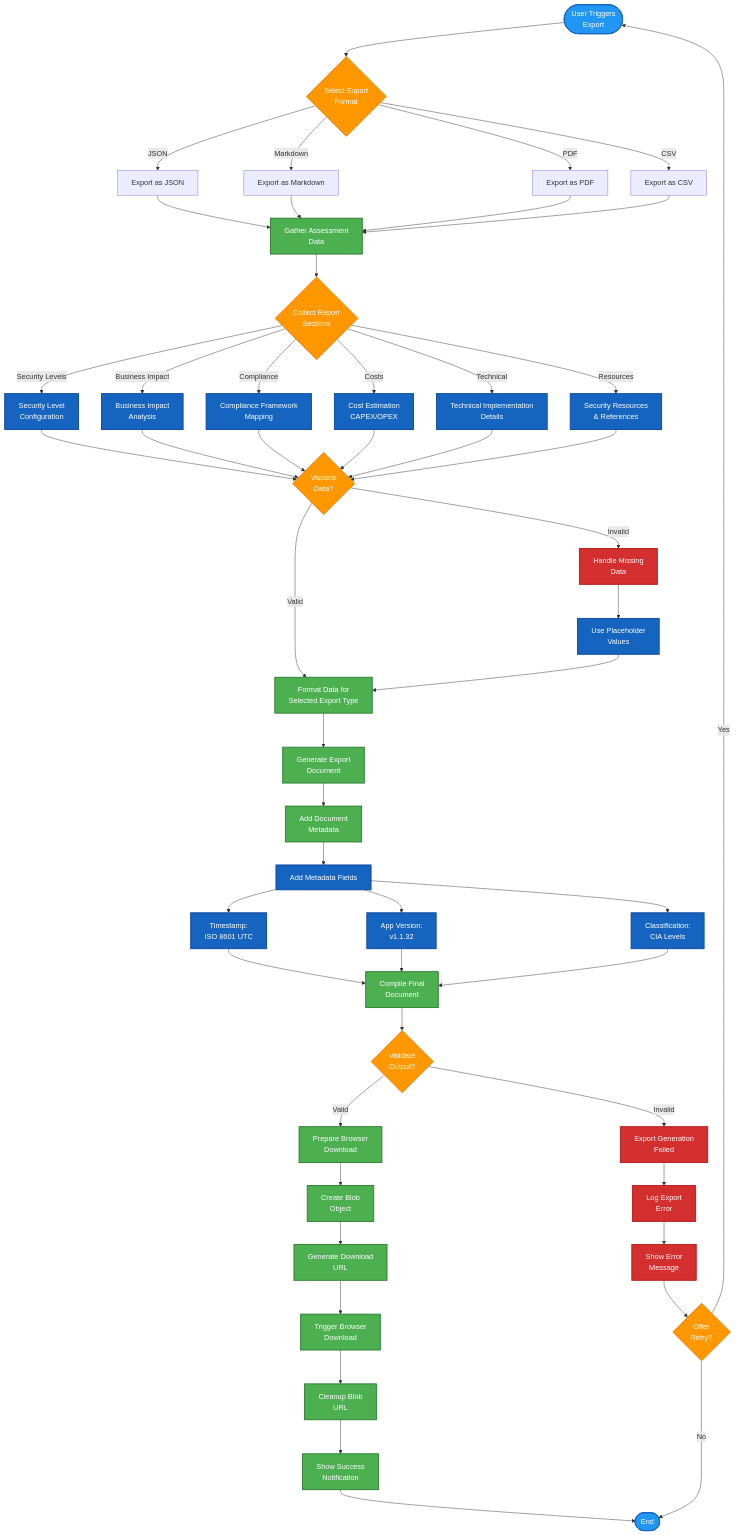
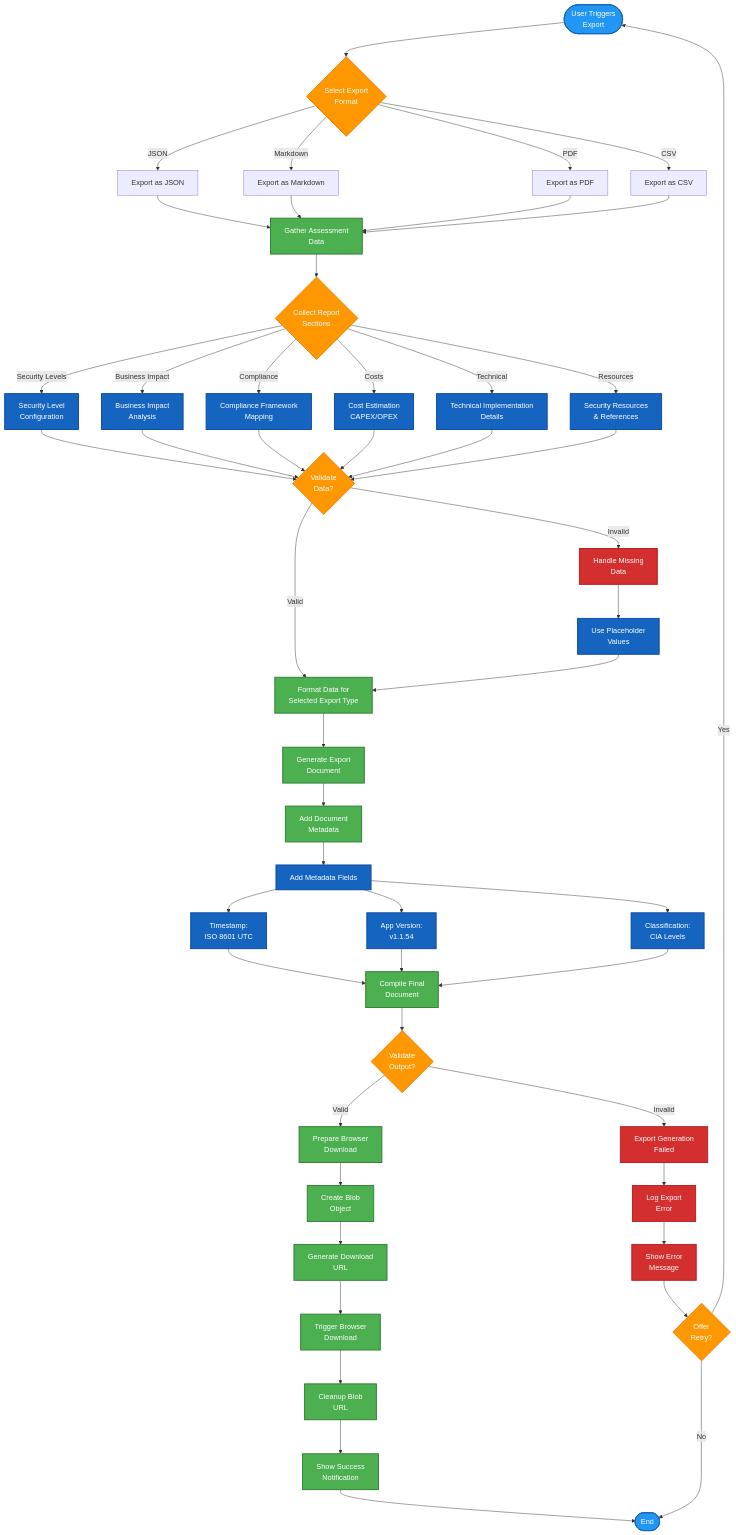
One commit to step-security-bot/cia-compliance-manager changed the tenth of 13 diagrams in docs/architecture/FLOWCHART.md. Above: the diagram before and after it, drawn with Mermaid. The commit also changed other lines of this file and 12 other files, not shown here.

````diff
--- a/docs/architecture/FLOWCHART.md
+++ b/docs/architecture/FLOWCHART.md
@@ -863,82 +863,82 @@
 ```mermaid
 flowchart TD
     Start([User Triggers<br>Export]) --> SelectFormat{Select Export<br>Format}
     
     SelectFormat -->|JSON| ExportJSON[Export as JSON]
     SelectFormat -->|Markdown| ExportMarkdown[Export as Markdown]
     SelectFormat -->|PDF| ExportPDF[Export as PDF]
     SelectFormat -->|CSV| ExportCSV[Export as CSV]
     
     ExportJSON --> GatherData[Gather Assessment<br>Data]
     ExportMarkdown --> GatherData
     ExportPDF --> GatherData
     ExportCSV --> GatherData
     
     GatherData --> CollectSections{Collect Report<br>Sections}
     
     CollectSections -->|Security Levels| SecurityLevelData[Security Level<br>Configuration]
     CollectSections -->|Business Impact| BusinessImpactData[Business Impact<br>Analysis]
     CollectSections -->|Compliance| ComplianceData[Compliance Framework<br>Mapping]
     CollectSections -->|Costs| CostData[Cost Estimation<br>CAPEX/OPEX]
     CollectSections -->|Technical| TechnicalData[Technical Implementation<br>Details]
     CollectSections -->|Resources| ResourceData[Security Resources<br>& References]
     
     SecurityLevelData --> ValidateData{Validate<br>Data?}
     BusinessImpactData --> ValidateData
     ComplianceData --> ValidateData
     CostData --> ValidateData
     TechnicalData --> ValidateData
     ResourceData --> ValidateData
     
     ValidateData -->|Valid| FormatData[Format Data for<br>Selected Export Type]
     ValidateData -->|Invalid| HandleMissing[Handle Missing<br>Data]
     
     HandleMissing --> UsePlaceholders[Use Placeholder<br>Values]
     UsePlaceholders --> FormatData
     
     FormatData --> GenerateDocument[Generate Export<br>Document]
     GenerateDocument --> AddMetadata[Add Document<br>Metadata]
     
     AddMetadata --> MetadataFields[Add Metadata Fields]
     MetadataFields --> Timestamp[Timestamp:<br>ISO 8601 UTC]
-    MetadataFields --> Version[App Version:<br>v1.1.32]
+    MetadataFields --> Version[App Version:<br>v1.1.54]
     MetadataFields --> Classification[Classification:<br>CIA Levels]
     
     Timestamp --> CompileDocument[Compile Final<br>Document]
     Version --> CompileDocument
     Classification --> CompileDocument
     
     CompileDocument --> ValidateOutput{Validate<br>Output?}
     ValidateOutput -->|Valid| PrepareDownload[Prepare Browser<br>Download]
     ValidateOutput -->|Invalid| ExportError[Export Generation<br>Failed]
     
     PrepareDownload --> CreateBlob[Create Blob<br>Object]
     CreateBlob --> GenerateURL[Generate Download<br>URL]
     GenerateURL --> TriggerDownload[Trigger Browser<br>Download]
     TriggerDownload --> CleanupURL[Cleanup Blob<br>URL]
     CleanupURL --> ShowSuccess[Show Success<br>Notification]
     ShowSuccess --> End([End])
     
     ExportError --> LogExportError[Log Export<br>Error]
     LogExportError --> ShowErrorMessage[Show Error<br>Message]
     ShowErrorMessage --> OfferRetry{Offer<br>Retry?}
     OfferRetry -->|Yes| Start
     OfferRetry -->|No| End
     
     %% Apply styles
     classDef startend fill:#2196F3,stroke:#1565C0,stroke-width:2px,color:#ffffff
     classDef process fill:#4CAF50,stroke:#2E7D32,stroke-width:2px,color:#ffffff
     classDef data fill:#1565C0,stroke:#0D47A1,stroke-width:2px,color:#ffffff
     classDef decision fill:#FF9800,stroke:#F57C00,stroke-width:2px,color:#ffffff
     classDef error fill:#D32F2F,stroke:#B71C1C,stroke-width:2px,color:#ffffff
     classDef success fill:#4CAF50,stroke:#2E7D32,stroke-width:2px,color:#ffffff
     classDef metadata fill:#1565C0,stroke:#0D47A1,stroke-width:2px,color:#ffffff
     
     class Start,End startend
     class GatherData,FormatData,GenerateDocument,AddMetadata,CompileDocument,PrepareDownload,CreateBlob,GenerateURL,TriggerDownload,CleanupURL process
     class SecurityLevelData,BusinessImpactData,ComplianceData,CostData,TechnicalData,ResourceData,UsePlaceholders data
     class SelectFormat,CollectSections,ValidateData,ValidateOutput,OfferRetry decision
     class HandleMissing,ExportError,LogExportError,ShowErrorMessage error
     class ShowSuccess success
     class MetadataFields,Timestamp,Version,Classification metadata
 ```
````
